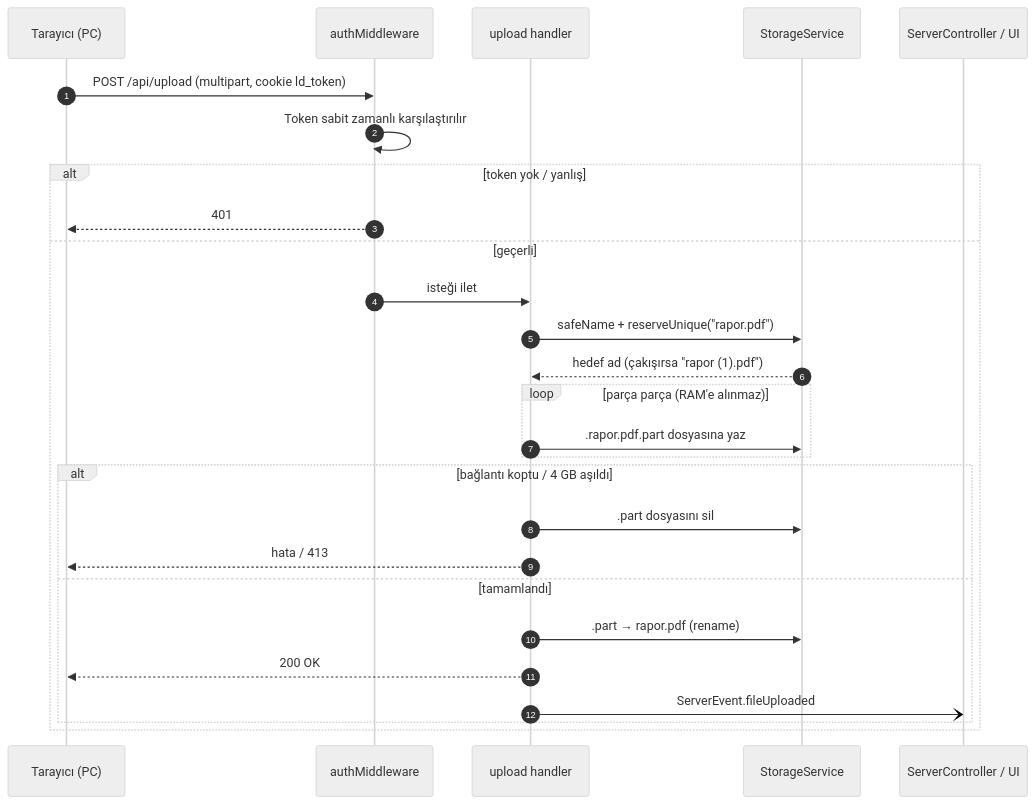
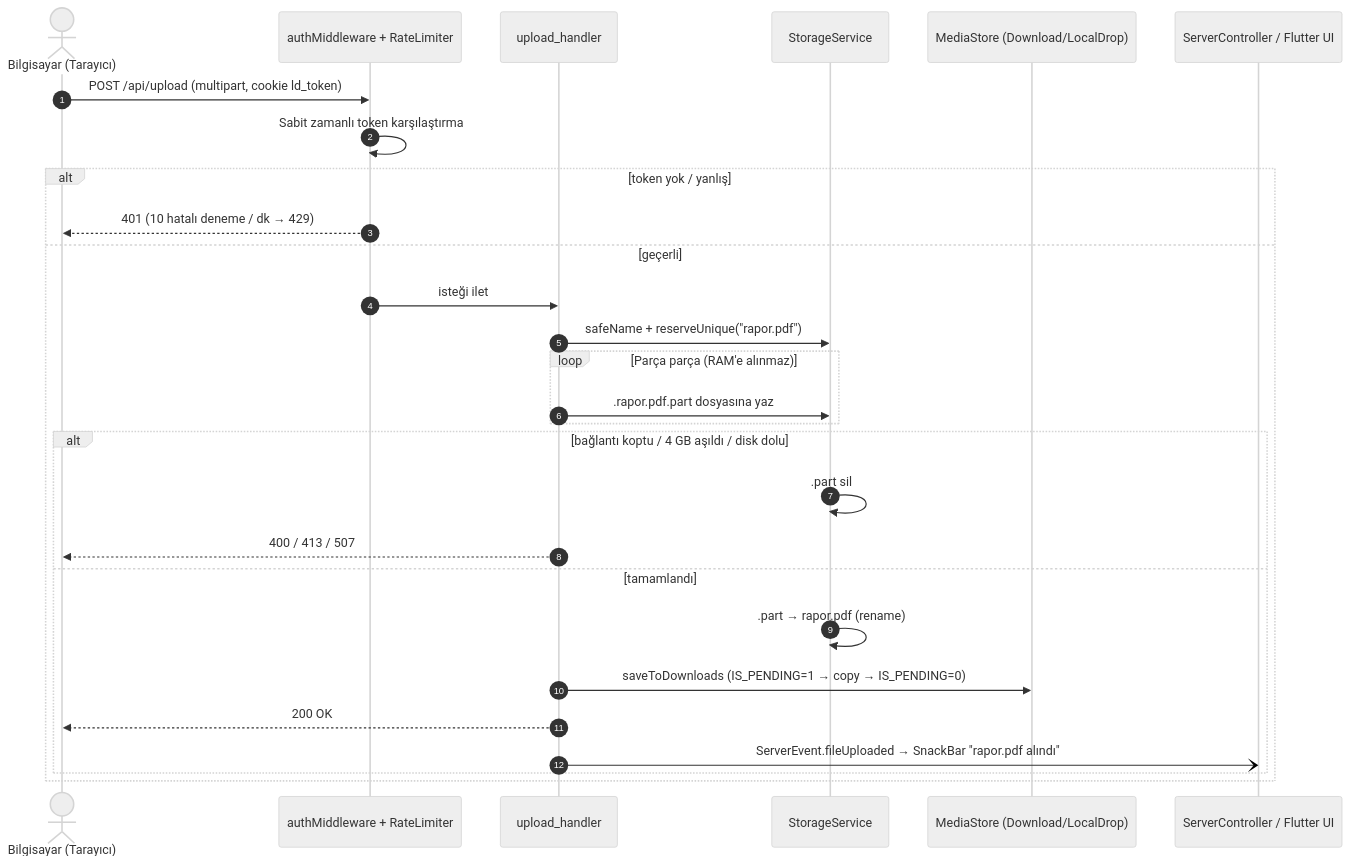
Before and after one commit to ismailsoylemez-dev/local_drop: the diagram in README.md, drawn with Mermaid (neutral theme). The commit also changed other lines of this file and 5 other files, not shown here.

````diff
--- a/README.md
+++ b/README.md
@@ -93,30 +70,31 @@
 ```mermaid
 sequenceDiagram
     autonumber
-    participant B as Tarayıcı (PC)
-    participant A as authMiddleware
-    participant U as upload handler
-    participant S as StorageService
-    participant C as ServerController / UI
+    actor PC as Bilgisayar (Tarayıcı)
+    participant Auth as authMiddleware + RateLimiter
+    participant Up as upload_handler
+    participant St as StorageService
+    participant MS as MediaStore (Download/LocalDrop)
+    participant UI as ServerController / Flutter UI
 
-    B->>A: POST /api/upload (multipart, cookie ld_token)
-    A->>A: Token sabit zamanlı karşılaştırılır
+    PC->>Auth: POST /api/upload (multipart, cookie ld_token)
+    Auth->>Auth: Sabit zamanlı token karşılaştırma
     alt token yok / yanlış
-        A-->>B: 401
+        Auth-->>PC: 401 (10 hatalı deneme / dk → 429)
     else geçerli
-        A->>U: isteği ilet
-        U->>S: safeName + reserveUnique("rapor.pdf")
-        S-->>U: hedef ad (çakışırsa "rapor (1).pdf")
-        loop parça parça (RAM'e alınmaz)
-            U->>S: .rapor.pdf.part dosyasına yaz
+        Auth->>Up: isteği ilet
+        Up->>St: safeName + reserveUnique("rapor.pdf")
+        loop Parça parça (RAM'e alınmaz)
+            Up->>St: .rapor.pdf.part dosyasına yaz
         end
-        alt bağlantı koptu / 4 GB aşıldı
-            U->>S: .part dosyasını sil
-            U-->>B: hata / 413
+        alt bağlantı koptu / 4 GB aşıldı / disk dolu
+            St->>St: .part sil
+            Up-->>PC: 400 / 413 / 507
         else tamamlandı
-            U->>S: .part → rapor.pdf (rename)
-            U-->>B: 200 OK
-            U-)C: ServerEvent.fileUploaded
+            St->>St: .part → rapor.pdf (rename)
+            Up->>MS: saveToDownloads (IS_PENDING=1 → copy → IS_PENDING=0)
+            Up-->>PC: 200 OK
+            Up-)UI: ServerEvent.fileUploaded → SnackBar "rapor.pdf alındı"
         end
     end
 ```
````
